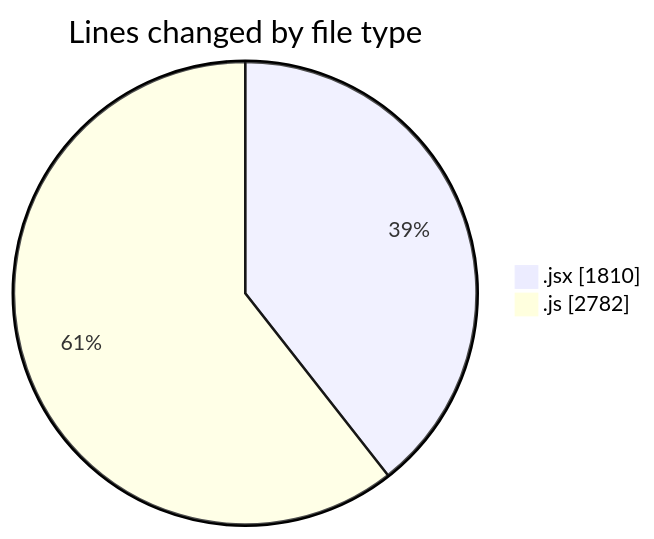
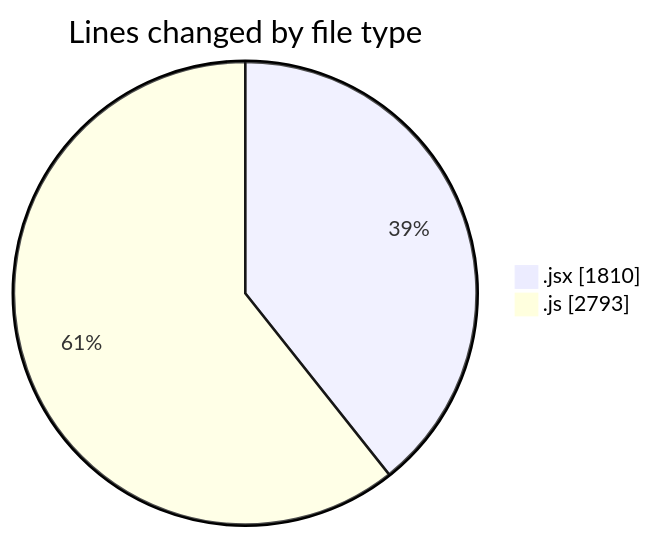
Before and after one commit to nxtqubesakshisongat/code-tracking: the first of 2 diagrams in 2025-11-07/nxtqube_webapp/README.md, drawn with Mermaid. The commit also changed other lines of this file and 1 other file, not shown here.

````diff
--- a/2025-11-07/nxtqube_webapp/README.md
+++ b/2025-11-07/nxtqube_webapp/README.md
@@ -27,6 +27,6 @@
 ```mermaid
 pie showData
 title Lines changed by file type
 ".jsx" : 1810
-".js" : 2782
+".js" : 2793
 ```
````
